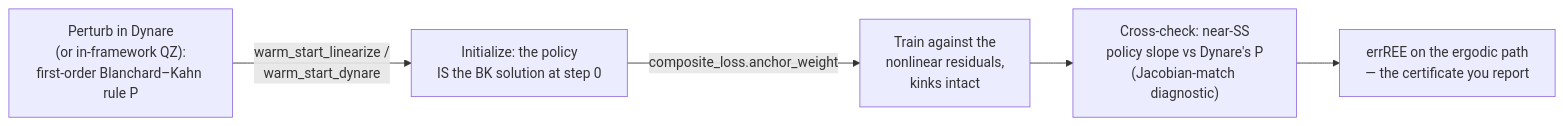
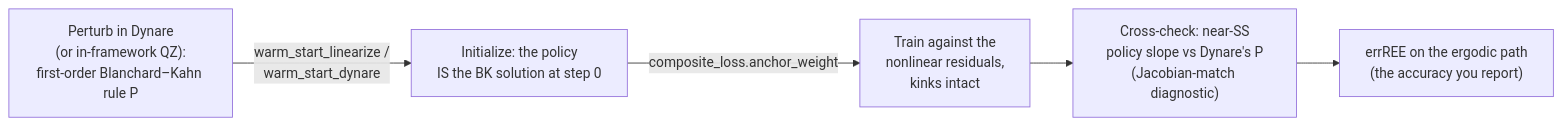
Before and after one commit to deqn-jax/deqn-jax: the diagram in docs/site/why.md, drawn with Mermaid. The commit also changed other lines of this file and 5 other files, not shown here.

````diff
--- a/docs/site/why.md
+++ b/docs/site/why.md
@@ -77,8 +91,8 @@
 ```mermaid
 flowchart LR
     DY["Perturb in Dynare<br/>(or in-framework QZ):<br/>first-order Blanchard&ndash;Kahn rule P"]
     DY -->|"warm_start_linearize /<br/>warm_start_dynare"| WS["Initialize: the policy<br/>IS the BK solution at step 0"]
     WS -->|"composite_loss.anchor_weight"| TR["Train against the<br/>nonlinear residuals,<br/>kinks intact"]
     TR --> XV["Cross-check: near-SS<br/>policy slope vs Dynare's P<br/>(Jacobian-match diagnostic)"]
-    XV --> ACC["errREE on the ergodic path<br/>&mdash; the certificate you report"]
+    XV --> ACC["errREE on the ergodic path<br/>(the accuracy you report)"]
 ```
````
